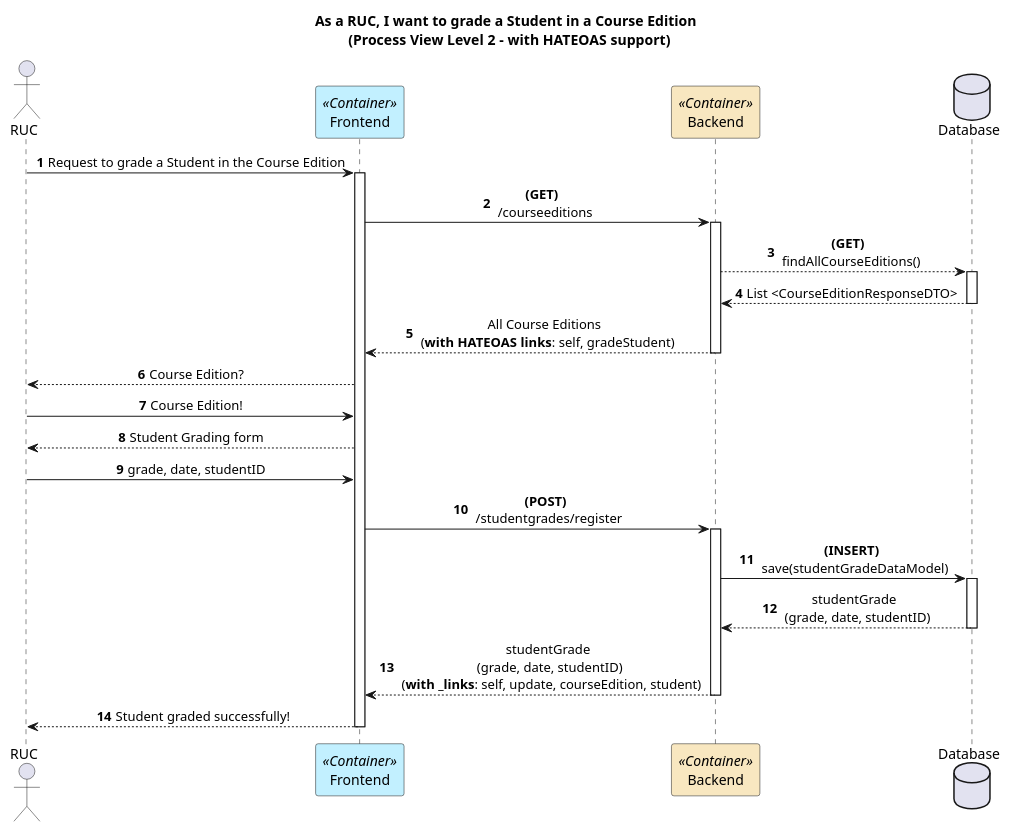
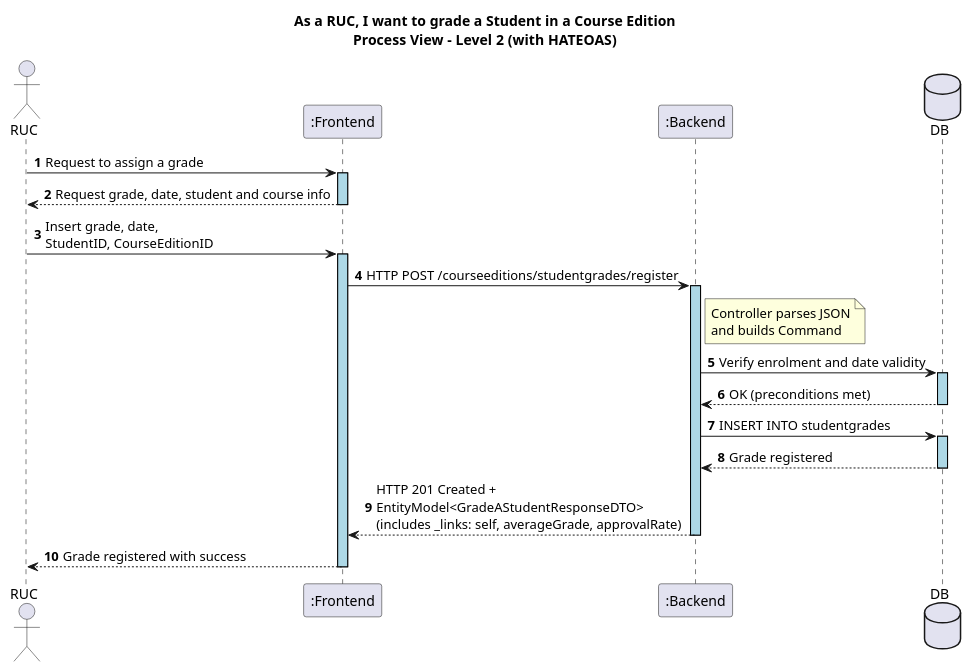
The diagram in docs/US22/Sprint7/ProcessView/Level2.puml (GasparISEP/DevOps-PAI), drawn with PlantUML before and after one commit.

Commit message:
Implement HATEOAS for Grade a Student in a Course Edition - update Process View Level 2 diagram (Issue #685)

```diff
--- a/docs/US22/Sprint7/ProcessView/Level2.puml
+++ b/docs/US22/Sprint7/ProcessView/Level2.puml
@@ -1,49 +1,31 @@
 @startuml
+autonumber
 
-autonumber
-title As a RUC, I want to grade a Student in a Course Edition \n (Process View Level 2 – with HATEOAS support)
-skinparam sequencemessagealign center
+skinparam sequence {
+   LifelineBorderColor black
+   LifelineBackgroundColor LightBlue
+ }
 
-actor RUC as RUC
-participant "Frontend" as FE <<Container>> #application
-participant "Backend" as BE <<Container>> #strategy
-database Database
+title As a RUC, I want to grade a Student in a Course Edition\nProcess View – Level 2 (with HATEOAS)
 
+actor "RUC" as RUC
+participant ":Frontend" as FE
+participant ":Backend" as BE
+database DB
 
-RUC -> FE : Request to grade a Student in the Course Edition
-activate FE
+RUC -> FE ++: Request to assign a grade
+FE --> RUC --: Request grade, date, student and course info
+RUC -> FE ++: Insert grade, date,\nStudentID, CourseEditionID
 
-FE -> BE : **(GET)** \n /courseeditions
-activate BE
+FE -> BE ++: HTTP POST /courseeditions/studentgrades/register
+note right of BE: Controller parses JSON\nand builds Command
+BE -> DB ++: Verify enrolment and date validity
+DB --> BE --: OK (preconditions met)
 
-BE --> Database : **(GET)** \n findAllCourseEditions()
-activate Database
+BE -> DB ++: INSERT INTO studentgrades
+DB --> BE --: Grade registered
 
-BE <-- Database : List <CourseEditionResponseDTO>
-deactivate Database
-
-BE --> FE : All Course Editions \n (**with HATEOAS links**: self, gradeStudent)
-deactivate BE
-
-FE --> RUC : Course Edition?
-RUC -> FE : Course Edition!
-
-FE --> RUC: Student Grading form
-RUC -> FE: grade, date, studentID
-
-FE -> BE : **(POST)** \n /studentgrades/register
-activate BE
-
-BE -> Database : **(INSERT)** \n save(studentGradeDataModel)
-activate Database
-
-BE <-- Database : studentGrade \n (grade, date, studentID)
-deactivate Database
-
-BE --> FE: studentGrade \n (grade, date, studentID) \n (**with _links**: self, update, courseEdition, student)
-deactivate BE
-
-FE --> RUC: Student graded successfully!
-deactivate FE
+BE --> FE --: HTTP 201 Created +\nEntityModel<GradeAStudentResponseDTO>\n(includes _links: self, averageGrade, approvalRate)
+FE --> RUC --: Grade registered with success
 
 @enduml
```
